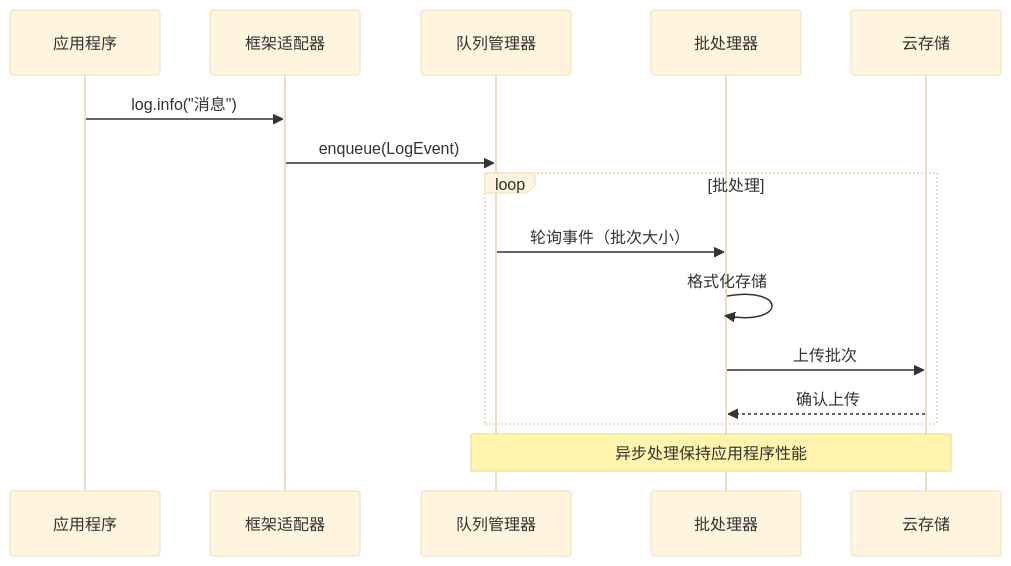
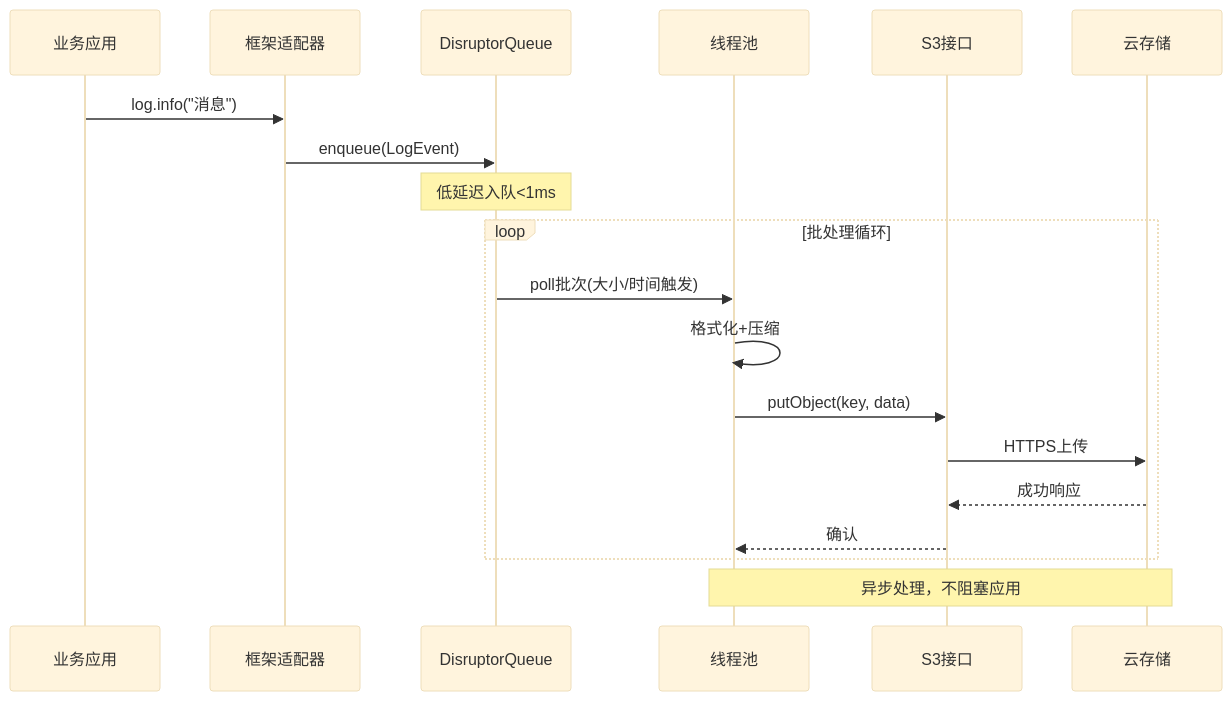
One commit to kzy77/logx-oss-appender changed the third of 4 diagrams in docs/architecture.md. Above: the diagram before and after it, drawn with Mermaid (base theme). The commit also changed other lines of this file and 5 other files, not shown here.

````diff
--- a/docs/architecture.md
+++ b/docs/architecture.md
@@ -284,20 +261,25 @@
 ```mermaid
 sequenceDiagram
-    participant App as 应用程序
+    participant App as 业务应用
     participant Adapter as 框架适配器
-    participant Queue as 队列管理器
-    participant Batch as 批处理器
-    participant Storage as 云存储
+    participant Queue as DisruptorQueue
+    participant Pool as 线程池
+    participant Storage as S3接口
+    participant Cloud as 云存储
 
     App->>Adapter: log.info("消息")
     Adapter->>Queue: enqueue(LogEvent)
 
-    loop 批处理
-        Queue->>Batch: 轮询事件（批次大小）
-        Batch->>Batch: 格式化存储
-        Batch->>Storage: 上传批次
-        Storage-->>Batch: 确认上传
+    Note over Queue: 低延迟入队<1ms
+
+    loop 批处理循环
+        Queue->>Pool: poll批次(大小/时间触发)
+        Pool->>Pool: 格式化+压缩
+        Pool->>Storage: putObject(key, data)
+        Storage->>Cloud: HTTPS上传
+        Cloud-->>Storage: 成功响应
+        Storage-->>Pool: 确认
     end
 
-    Note over Queue,Storage: 异步处理保持应用程序性能
+    Note over Pool,Cloud: 异步处理，不阻塞应用
 ```
````
